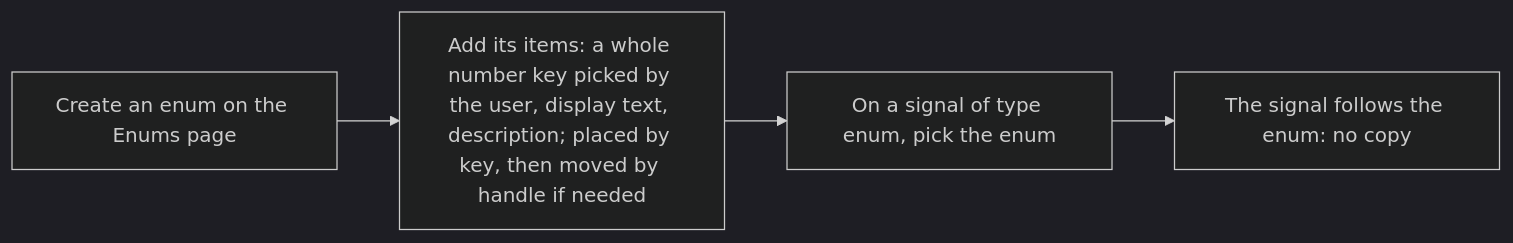
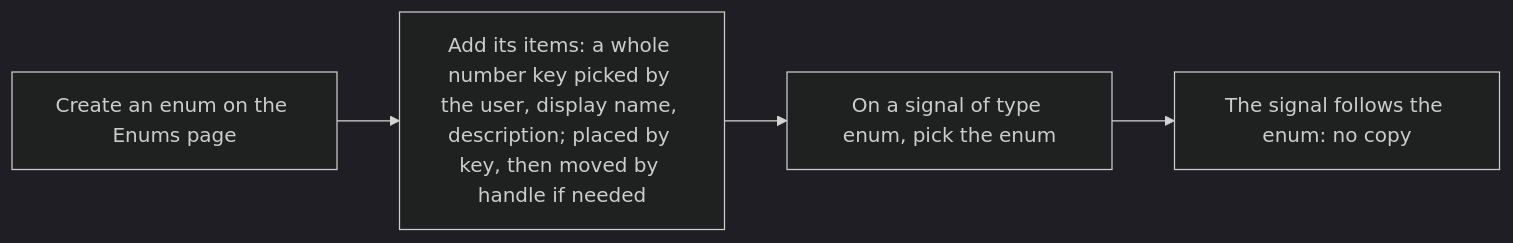
Diagram 33 of 51 in metadata/draft.md (AlexandreGallais/synoptic-studio-spec), drawn with Mermaid (dark theme) before and after one commit. The commit also changed other lines of this file and 11 other files, not shown here.

First line of the commit message:
docs(metadata): rename enum display text and bound bounds by quantity

````diff
--- a/metadata/draft.md
+++ b/metadata/draft.md
@@ -938,6 +938,6 @@
 ```mermaid
 flowchart LR
-    A["Create an enum on the Enums page"] --> B["Add its items: a whole number key picked by the user, display text, description; placed by key, then moved by handle if needed"]
+    A["Create an enum on the Enums page"] --> B["Add its items: a whole number key picked by the user, display name, description; placed by key, then moved by handle if needed"]
     B --> C["On a signal of type enum, pick the enum"]
     C --> D["The signal follows the enum: no copy"]
 ```
````
